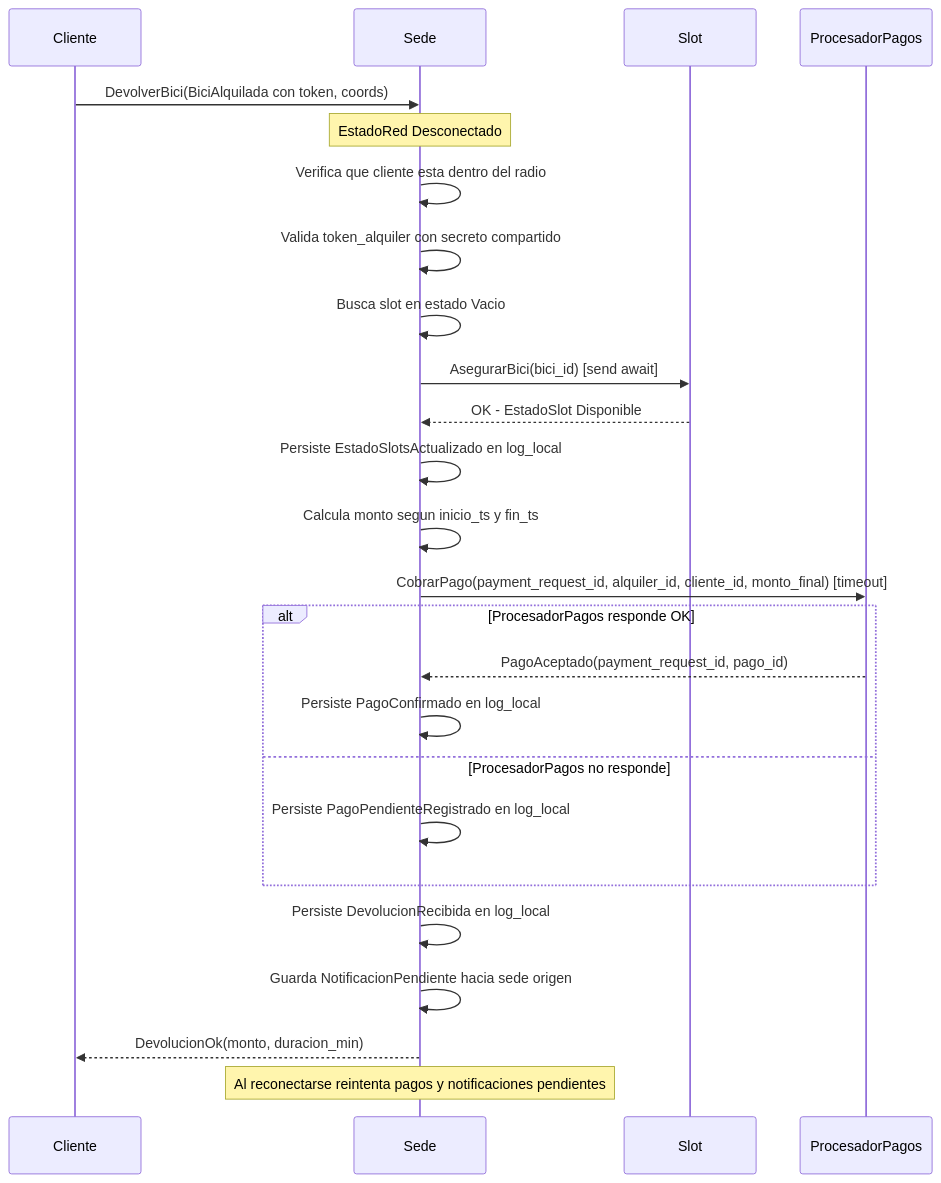
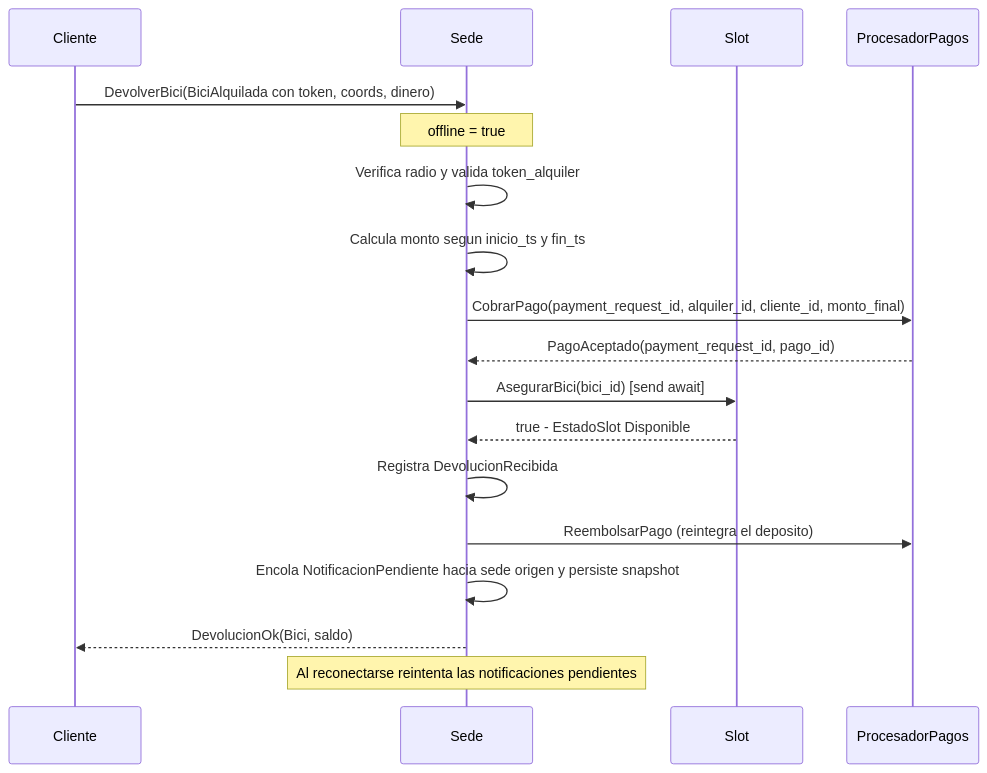
One commit to Jmenechian/distributed-bike-sharing changed the eighth of 14 diagrams in README.md. Above: the diagram before and after it, drawn with Mermaid. The commit also changed other lines of this file, not shown here.

Commit message:
docs(readme): actualizacion del README.md

````diff
--- a/README.md
+++ b/README.md
@@ -1258,30 +1103,21 @@
 ```mermaid
 sequenceDiagram
     participant Cliente
     participant Sede
     participant Slot
     participant ProcesadorPagos
 
-    Cliente->>Sede: DevolverBici(BiciAlquilada con token, coords)
-    Note over Sede: EstadoRed Desconectado
-    Sede->>Sede: Verifica que cliente esta dentro del radio
-    Sede->>Sede: Valida token_alquiler con secreto compartido
-    Sede->>Sede: Busca slot en estado Vacio
+    Cliente->>Sede: DevolverBici(BiciAlquilada con token, coords, dinero)
+    Note over Sede: offline = true
+    Sede->>Sede: Verifica radio y valida token_alquiler
+    Sede->>Sede: Calcula monto segun inicio_ts y fin_ts
+    Sede->>ProcesadorPagos: CobrarPago(payment_request_id, alquiler_id, cliente_id, monto_final)
+    ProcesadorPagos-->>Sede: PagoAceptado(payment_request_id, pago_id)
     Sede->>Slot: AsegurarBici(bici_id) [send await]
-    Slot-->>Sede: OK - EstadoSlot Disponible
-    Sede->>Sede: Persiste EstadoSlotsActualizado en log_local
-    Sede->>Sede: Calcula monto segun inicio_ts y fin_ts
-    Sede->>ProcesadorPagos: CobrarPago(payment_request_id, alquiler_id, cliente_id, monto_final) [timeout]
-
-    alt ProcesadorPagos responde OK
-        ProcesadorPagos-->>Sede: PagoAceptado(payment_request_id, pago_id)
-        Sede->>Sede: Persiste PagoConfirmado en log_local
-    else ProcesadorPagos no responde
-        Sede->>Sede: Persiste PagoPendienteRegistrado en log_local
-    end
-
-    Sede->>Sede: Persiste DevolucionRecibida en log_local
-    Sede->>Sede: Guarda NotificacionPendiente hacia sede origen
-    Sede-->>Cliente: DevolucionOk(monto, duracion_min)
-    Note over Sede: Al reconectarse reintenta pagos y notificaciones pendientes
+    Slot-->>Sede: true - EstadoSlot Disponible
+    Sede->>Sede: Registra DevolucionRecibida
+    Sede->>ProcesadorPagos: ReembolsarPago (reintegra el deposito)
+    Sede->>Sede: Encola NotificacionPendiente hacia sede origen y persiste snapshot
+    Sede-->>Cliente: DevolucionOk(Bici, saldo)
+    Note over Sede: Al reconectarse reintenta las notificaciones pendientes
 ```
````
